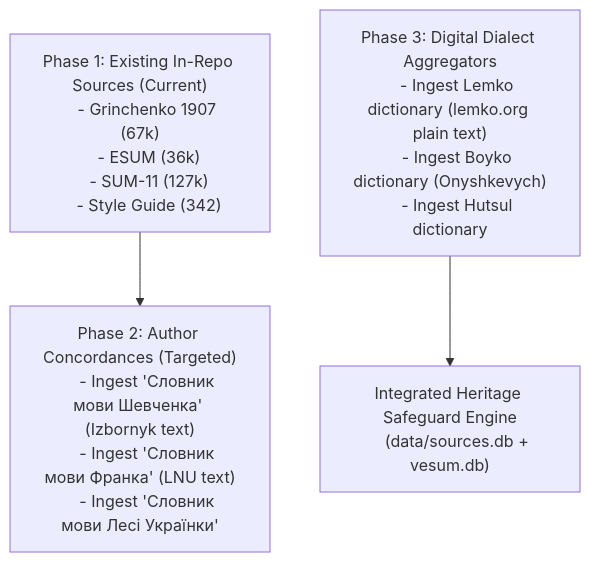
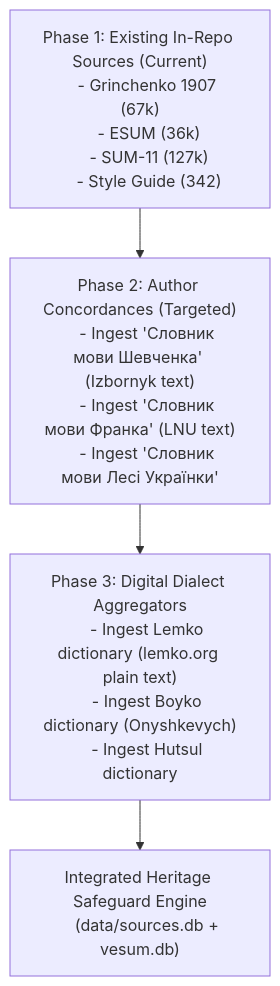
The diagram in docs/research/ua_dialect_and_author_dictionaries_catalog.md (learn-ukrainian/learn-ukrainian.github.io), drawn with Mermaid before and after one commit. The commit also changed other lines of this file and 1 other file, not shown here.

Commit message:
fix(ingest): exit 2 on partial source failure, robust tag regex, connect phase 2 to 3 (F001-F004)
X-Agent: gemini/vps-scraper-ingest

````diff
--- a/docs/research/ua_dialect_and_author_dictionaries_catalog.md
+++ b/docs/research/ua_dialect_and_author_dictionaries_catalog.md
@@ -59,16 +59,16 @@
 ```mermaid
 graph TD
     Phase1["Phase 1: Existing In-Repo Sources (Current)
     - Grinchenko 1907 (67k)
     - ESUM (36k)
     - SUM-11 (127k)
     - Style Guide (342)"] --> Phase2["Phase 2: Author Concordances (Targeted)
     - Ingest 'Словник мови Шевченка' (Izbornyk text)
     - Ingest 'Словник мови Франка' (LNU text)
     - Ingest 'Словник мови Лесі Українки'"]
-    Phase3["Phase 3: Digital Dialect Aggregators
+    Phase2 --> Phase3["Phase 3: Digital Dialect Aggregators
     - Ingest Lemko dictionary (lemko.org plain text)
     - Ingest Boyko dictionary (Onyshkevych)
     - Ingest Hutsul dictionary"] --> Integration["Integrated Heritage Safeguard Engine
     (data/sources.db + vesum.db)"]
 ```
````
